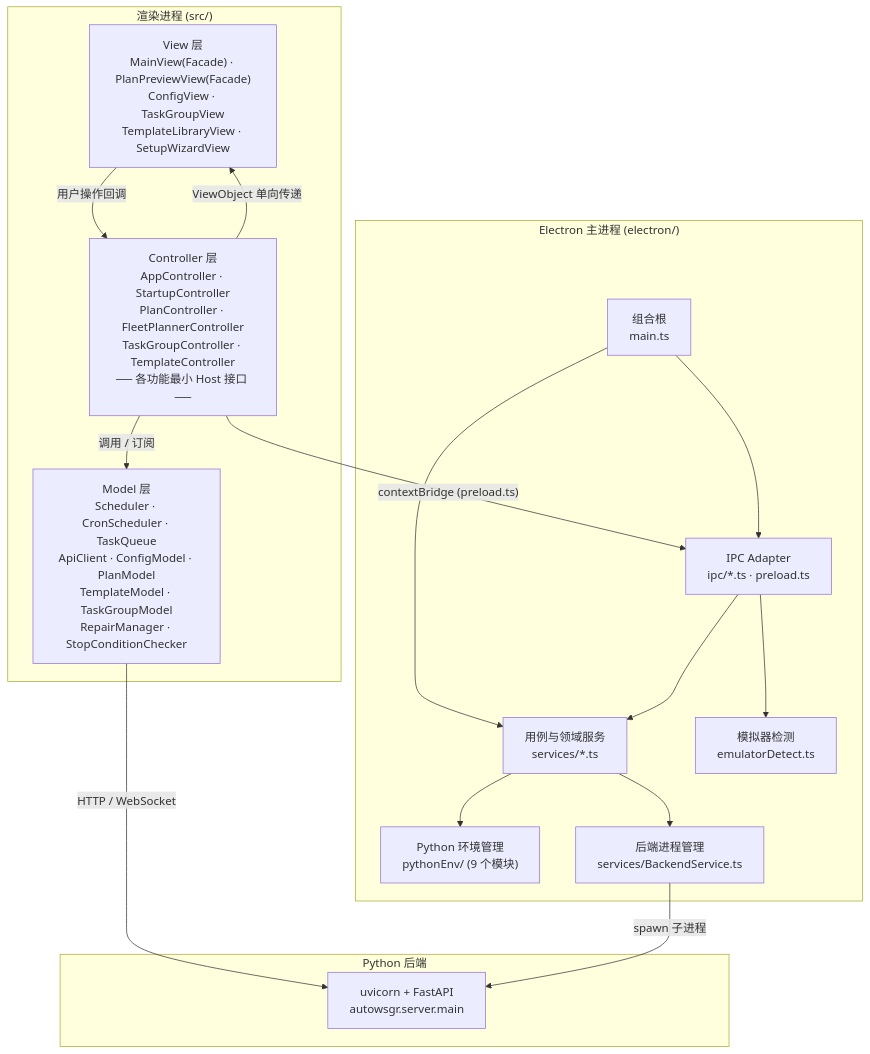
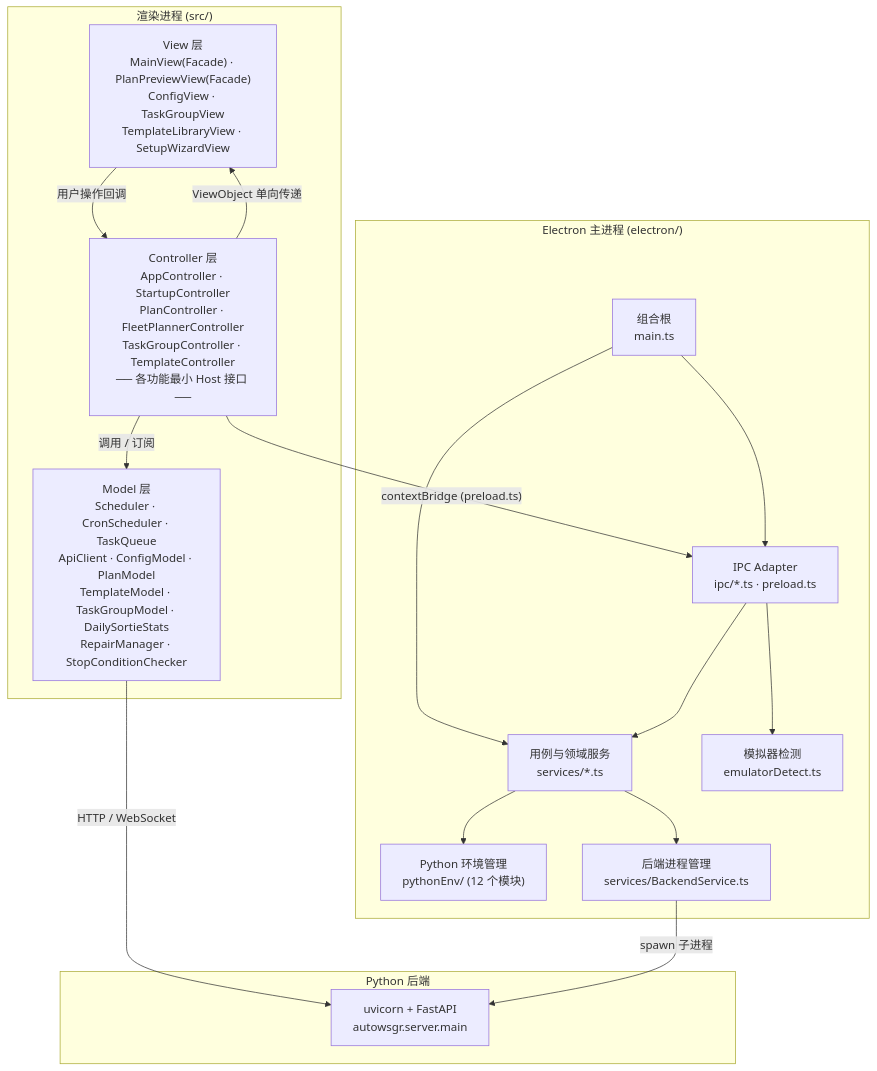
The first of 2 diagrams in docs/architecture/00-overview.md (ShiinaKuroko/AutoWSGR-GUI), drawn with Mermaid before and after one commit. The commit also changed other lines of this file and 534 other files, not shown here.

````diff
--- a/docs/architecture/00-overview.md
+++ b/docs/architecture/00-overview.md
@@ -15,34 +15,34 @@
 ```mermaid
 graph TB
   subgraph Renderer["渲染进程 (src/)"]
     View["View 层<br/>MainView(Facade) · PlanPreviewView(Facade)<br/>ConfigView · TaskGroupView<br/>TemplateLibraryView · SetupWizardView"]
     Controller["Controller 层<br/>AppController · StartupController<br/>PlanController · FleetPlannerController<br/>TaskGroupController · TemplateController<br/>── 各功能最小 Host 接口 ──"]
-    Model["Model 层<br/>Scheduler · CronScheduler · TaskQueue<br/>ApiClient · ConfigModel · PlanModel<br/>TemplateModel · TaskGroupModel<br/>RepairManager · StopConditionChecker"]
+    Model["Model 层<br/>Scheduler · CronScheduler · TaskQueue<br/>ApiClient · ConfigModel · PlanModel<br/>TemplateModel · TaskGroupModel · DailySortieStats<br/>RepairManager · StopConditionChecker"]
   end
 
   subgraph Main["Electron 主进程 (electron/)"]
     Root["组合根<br/>main.ts"]
     IPC["IPC Adapter<br/>ipc/*.ts · preload.ts"]
     Service["用例与领域服务<br/>services/*.ts"]
-    PyEnv["Python 环境管理<br/>pythonEnv/ (9 个模块)"]
+    PyEnv["Python 环境管理<br/>pythonEnv/ (12 个模块)"]
     Backend["后端进程管理<br/>services/BackendService.ts"]
     Emulator["模拟器检测<br/>emulatorDetect.ts"]
   end
 
   subgraph PythonBackend["Python 后端"]
     ASGI["uvicorn + FastAPI<br/>autowsgr.server.main"]
   end
 
   View -->|"用户操作回调"| Controller
   Controller -->|"ViewObject 单向传递"| View
   Controller -->|"调用 / 订阅"| Model
   Model -->|"HTTP / WebSocket"| ASGI
   Controller -->|"contextBridge (preload.ts)"| IPC
   Root --> IPC
   Root --> Service
   IPC --> Service
   Service --> PyEnv
   Service --> Backend
   IPC --> Emulator
   Backend -->|"spawn 子进程"| ASGI
 ```
````
